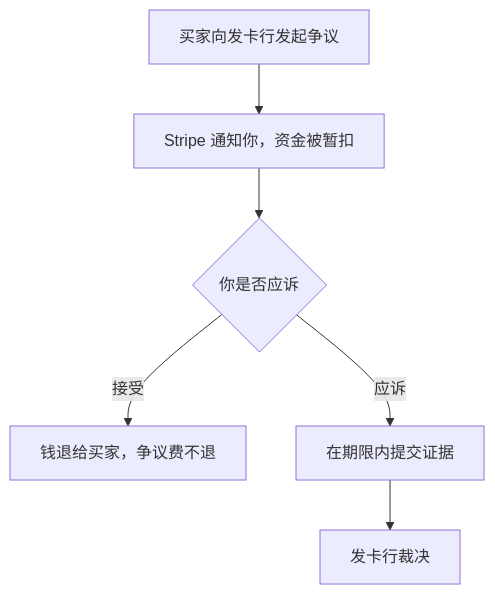
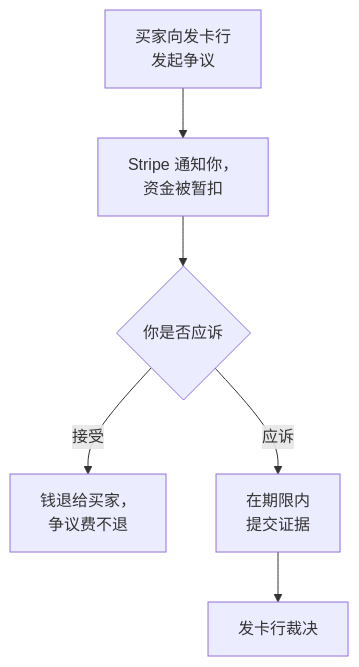
The third of 3 diagrams in books/going-global/03-stripe-payments.md (jarvis-pro/hatch-shelf), drawn with Mermaid before and after one commit. The commit also changed other lines of this file and 432 other files, not shown here.

````diff
--- a/books/going-global/03-stripe-payments.md
+++ b/books/going-global/03-stripe-payments.md
@@ -232,8 +235,8 @@
 ```mermaid
 flowchart TD
-  A["买家向发卡行发起争议"] --> B["Stripe 通知你，资金被暂扣"]
+  A["买家向发卡行<br/>发起争议"] --> B["Stripe 通知你，<br/>资金被暂扣"]
   B --> C{"你是否应诉"}
-  C -- "接受" --> D["钱退给买家，争议费不退"]
-  C -- "应诉" --> E["在期限内提交证据"]
+  C -- "接受" --> D["钱退给买家，<br/>争议费不退"]
+  C -- "应诉" --> E["在期限内<br/>提交证据"]
   E --> F["发卡行裁决"]
 ```
````
